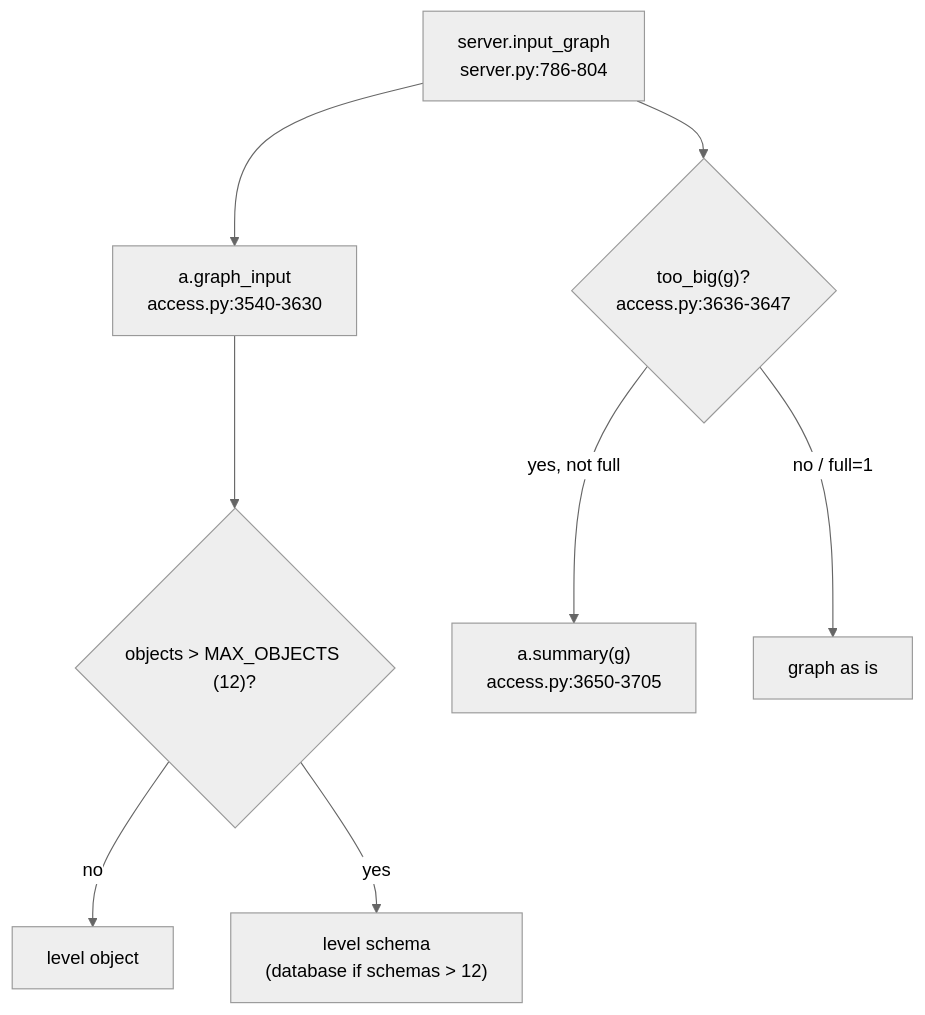
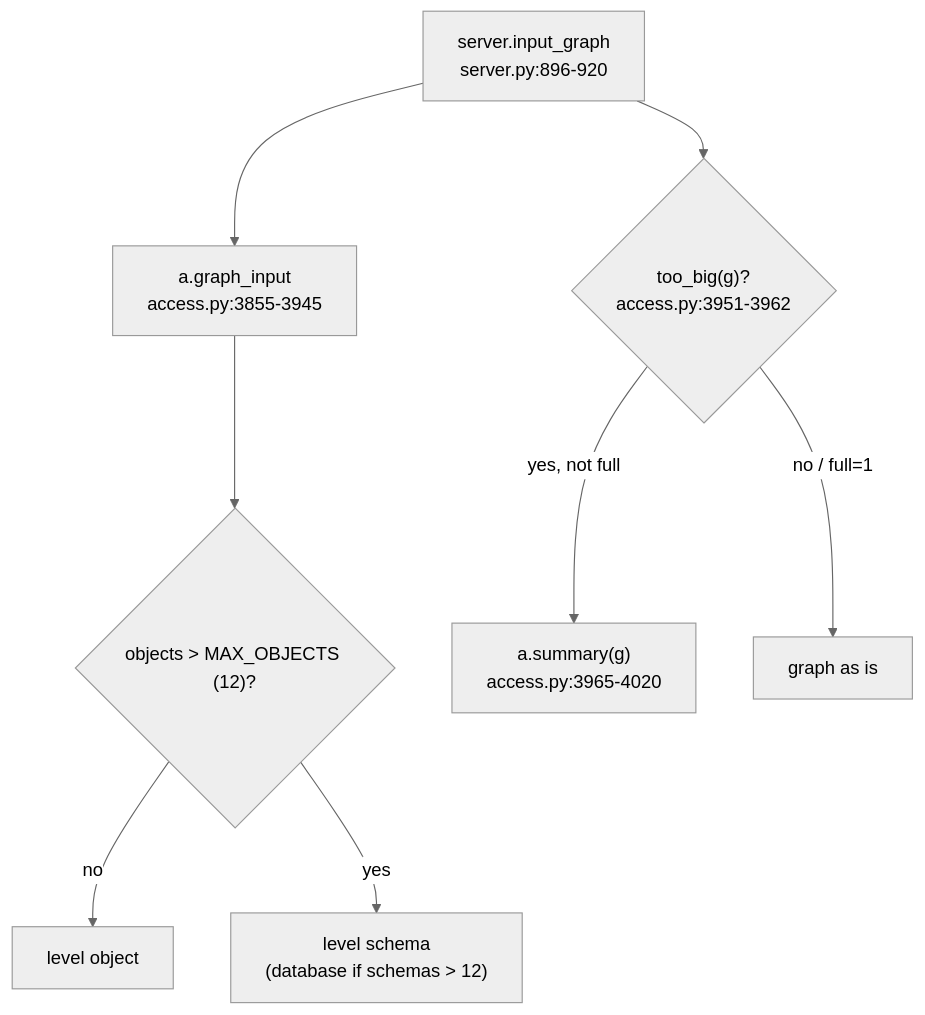
One commit to darshanmeel/snowflake-access-explorer changed the diagram in snowflake-access-explorer-knowledge-graph/logic/graph-input.md. Above: the diagram before and after it, drawn with Mermaid (neutral theme). The commit also changed other lines of this file and 86 other files, not shown here.

First line of the commit message:
Knowledge graph up to a71221c: paged pages, lazy graph boxes, read order, What changed at refresh, load steps

````diff
--- a/snowflake-access-explorer-knowledge-graph/logic/graph-input.md
+++ b/snowflake-access-explorer-knowledge-graph/logic/graph-input.md
@@ -6,10 +6,10 @@
 ```mermaid
 flowchart TD
-  IG["server.input_graph<br/>server.py:786-804"] --> GI["a.graph_input<br/>access.py:3540-3630"]
+  IG["server.input_graph<br/>server.py:896-920"] --> GI["a.graph_input<br/>access.py:3855-3945"]
   GI --> LV{"objects > MAX_OBJECTS (12)?"}
   LV -- no --> OBJ[level object]
   LV -- yes --> SC["level schema<br/>(database if schemas > 12)"]
-  IG --> TB{"too_big(g)?<br/>access.py:3636-3647"}
-  TB -- "yes, not full" --> SU["a.summary(g)<br/>access.py:3650-3705"]
+  IG --> TB{"too_big(g)?<br/>access.py:3951-3962"}
+  TB -- "yes, not full" --> SU["a.summary(g)<br/>access.py:3965-4020"]
   TB -- "no / full=1" --> RAW[graph as is]
 ```
````
